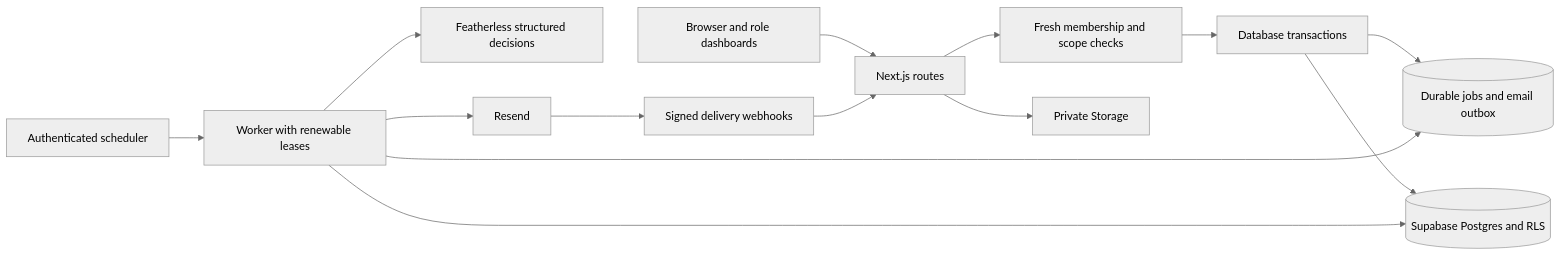
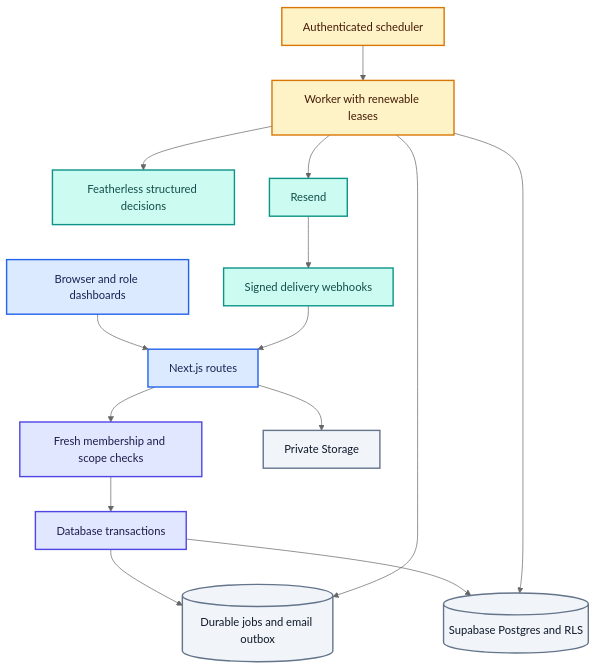
Before and after one commit to thotashashank302/O.R.I.O.N---OPERATING-RESPONSE-AND-INCIDENT-ORCHESTRATION-NETWORK: the third of 4 diagrams in README.md, drawn with Mermaid (neutral theme). The commit also changed other lines of this file, not shown here.

Commit message:
Add colored workflow diagrams and four-agent architecture to README

````diff
--- a/README.md
+++ b/README.md
@@ -41,16 +113,27 @@
 ```mermaid
-flowchart LR
+flowchart TD
     U[Browser and role dashboards] --> W[Next.js routes]
     W --> A[Fresh membership and scope checks]
     A --> T[Database transactions]
     T --> D[(Supabase Postgres and RLS)]
     W --> S[Private Storage]
     T --> Q[(Durable jobs and email outbox)]
     C[Authenticated scheduler] --> R[Worker with renewable leases]
     R --> Q
     R --> F[Featherless structured decisions]
     R --> E[Resend]
     E --> H[Signed delivery webhooks]
     H --> W
     R --> D
+
+    classDef interface fill:#DBEAFE,stroke:#2563EB,color:#172554,stroke-width:2px
+    classDef trusted fill:#E0E7FF,stroke:#4F46E5,color:#1E1B4B,stroke-width:2px
+    classDef storage fill:#F1F5F9,stroke:#64748B,color:#0F172A,stroke-width:2px
+    classDef worker fill:#FEF3C7,stroke:#D97706,color:#451A03,stroke-width:2px
+    classDef provider fill:#CCFBF1,stroke:#0D9488,color:#134E4A,stroke-width:2px
+    class U,W interface
+    class A,T trusted
+    class D,S,Q storage
+    class C,R worker
+    class F,E,H provider
 ```
````
